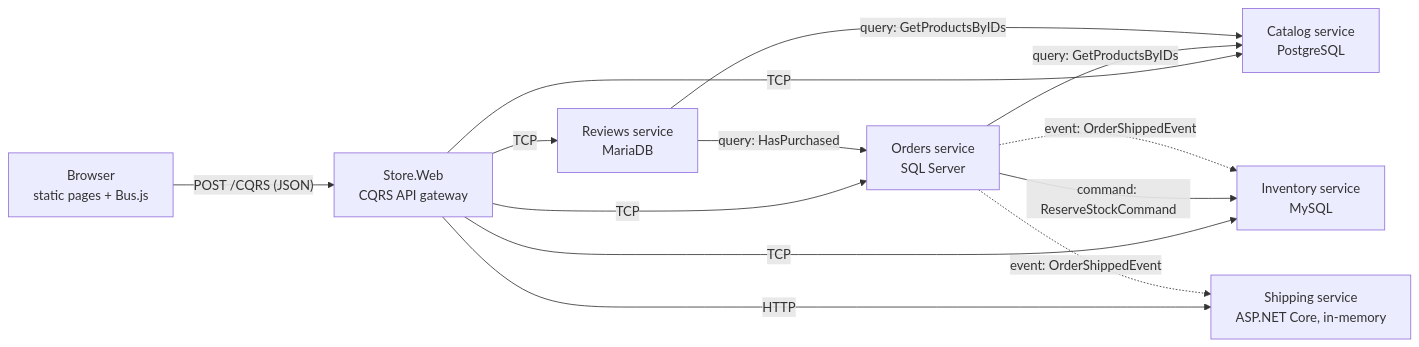
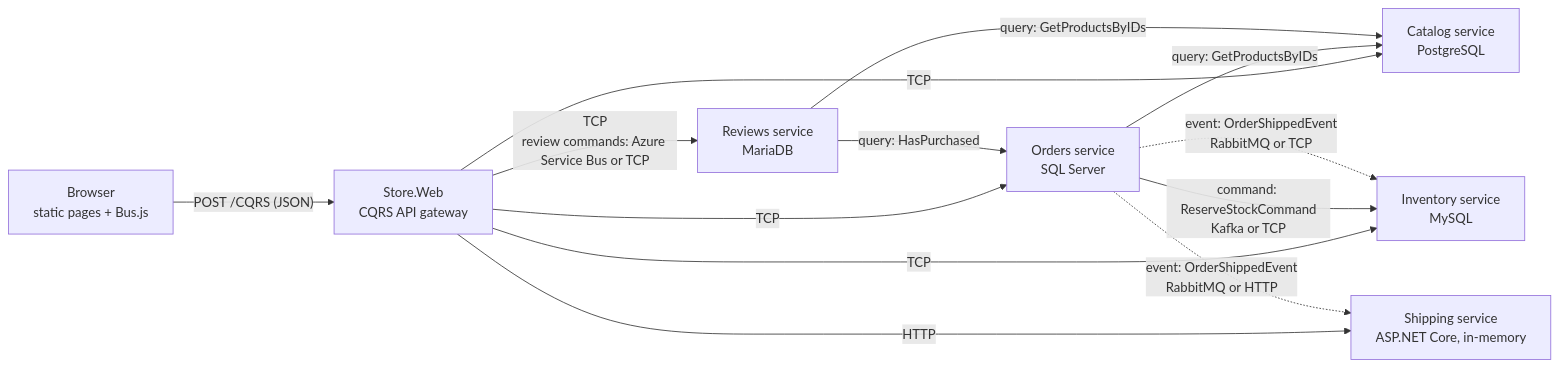
One commit to szawaski/Zerra changed the diagram in Demo/Store/README.md. Above: the diagram before and after it, drawn with Mermaid. The commit also changed other lines of this file and 61 other files, not shown here.

````diff
--- a/Demo/Store/README.md
+++ b/Demo/Store/README.md
@@ -5,15 +5,15 @@
 ```mermaid
 flowchart LR
     Browser["Browser<br/>static pages + Bus.js"] -- "POST /CQRS (JSON)" --> Web["Store.Web<br/>CQRS API gateway"]
     Web -- "TCP" --> Catalog["Catalog service<br/>PostgreSQL"]
     Web -- "TCP" --> Inventory["Inventory service<br/>MySQL"]
     Web -- "TCP" --> Orders["Orders service<br/>SQL Server"]
-    Web -- "TCP" --> Reviews["Reviews service<br/>MariaDB"]
+    Web -- "TCP<br/>review commands: Azure Service Bus or TCP" --> Reviews["Reviews service<br/>MariaDB"]
     Web -- "HTTP" --> Shipping["Shipping service<br/>ASP.NET Core, in-memory"]
     Orders -- "query: GetProductsByIDs" --> Catalog
-    Orders -- "command: ReserveStockCommand" --> Inventory
-    Orders -. "event: OrderShippedEvent" .-> Inventory
-    Orders -. "event: OrderShippedEvent" .-> Shipping
+    Orders -- "command: ReserveStockCommand<br/>Kafka or TCP" --> Inventory
+    Orders -. "event: OrderShippedEvent<br/>RabbitMQ or TCP" .-> Inventory
+    Orders -. "event: OrderShippedEvent<br/>RabbitMQ or HTTP" .-> Shipping
     Reviews -- "query: GetProductsByIDs" --> Catalog
     Reviews -- "query: HasPurchased" --> Orders
 ```
````
